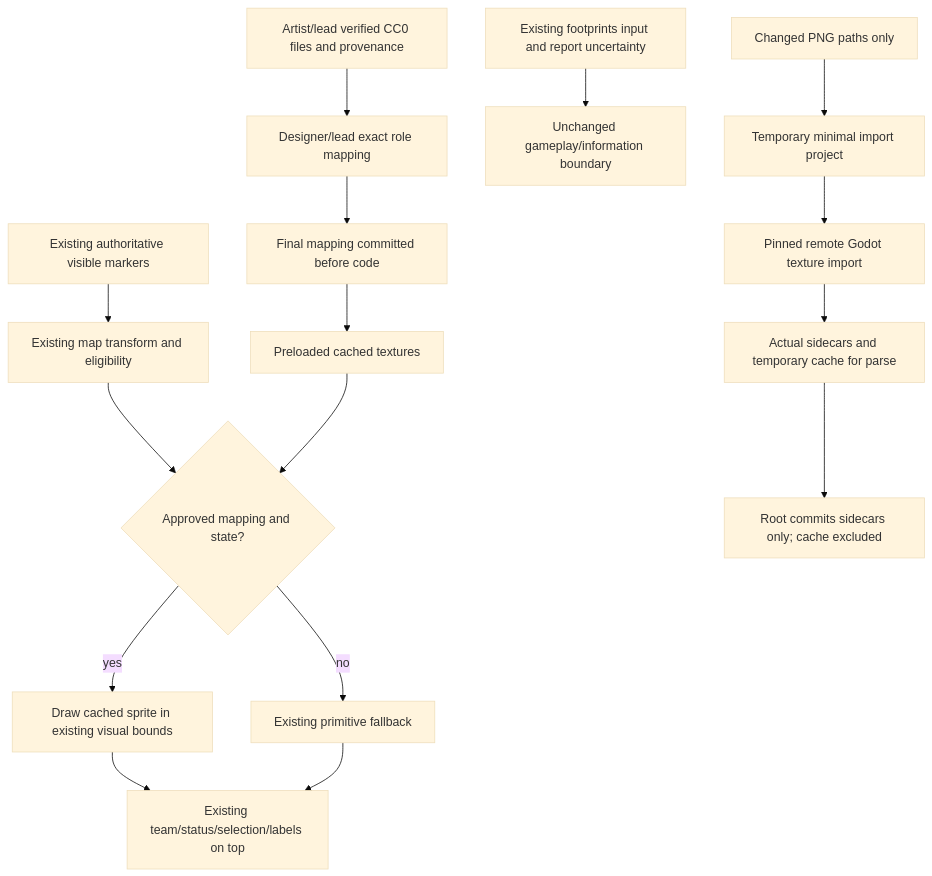
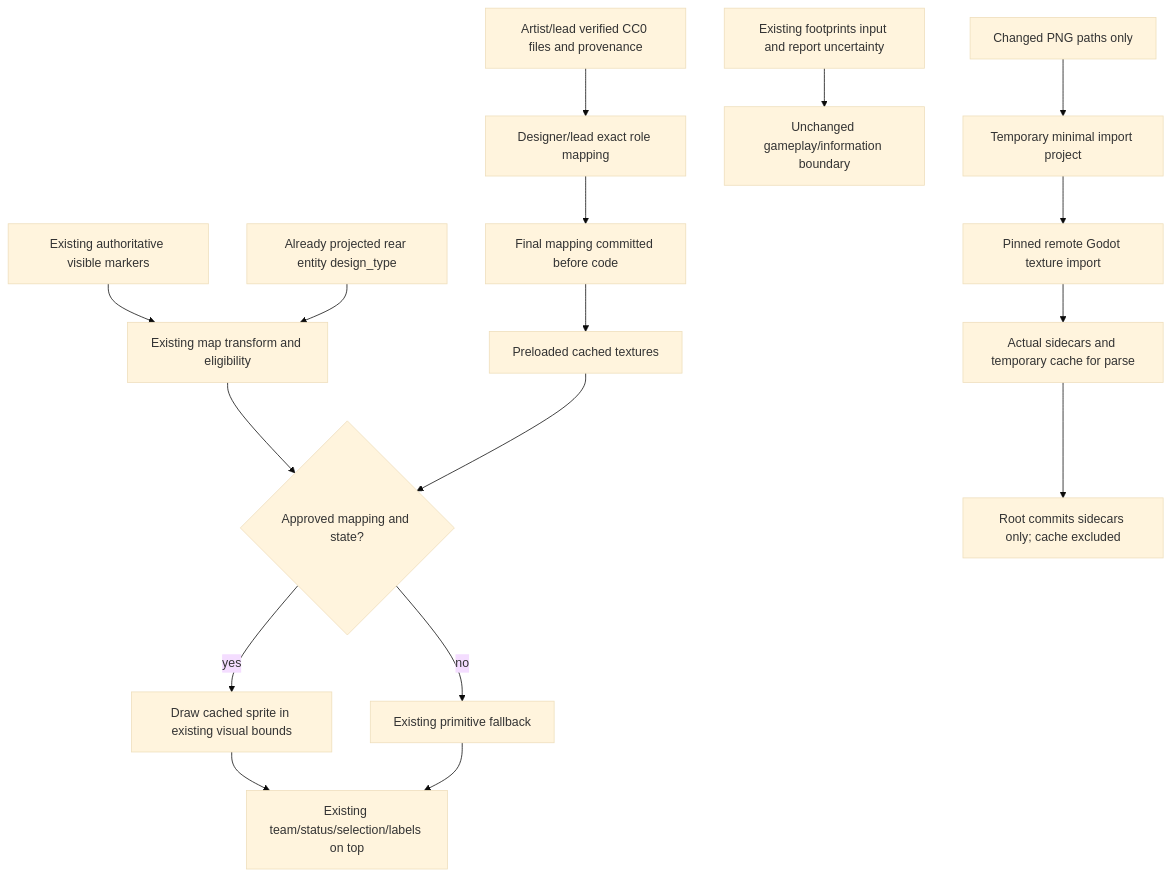
Before and after one commit to TheInfinityIQ/Trencho_V4: the diagram in docs/diagrams/test_art_rendering.mmd, drawn with Mermaid (base theme). The commit also changed 3 other files, not shown here.

```diff
--- a/docs/diagrams/test_art_rendering.mmd
+++ b/docs/diagrams/test_art_rendering.mmd
@@ -1,16 +1,17 @@
 flowchart TD
   A[Artist/lead verified CC0 files and provenance] --> B[Designer/lead exact role mapping]
   B --> C[Final mapping committed before code]
   C --> D[Preloaded cached textures]
   E[Existing authoritative visible markers] --> F[Existing map transform and eligibility]
   F --> G{Approved mapping and state?}
   D --> G
   G -->|yes| H[Draw cached sprite in existing visual bounds]
   G -->|no| I[Existing primitive fallback]
   H --> J[Existing team/status/selection/labels on top]
   I --> J
   K[Existing footprints input and report uncertainty] --> L[Unchanged gameplay/information boundary]
   N[Changed PNG paths only] --> O[Temporary minimal import project]
   O --> P[Pinned remote Godot texture import]
   P --> Q[Actual sidecars and temporary cache for parse]
   Q --> R[Root commits sidecars only; cache excluded]
+  S[Already projected rear entity design_type] --> F
```
